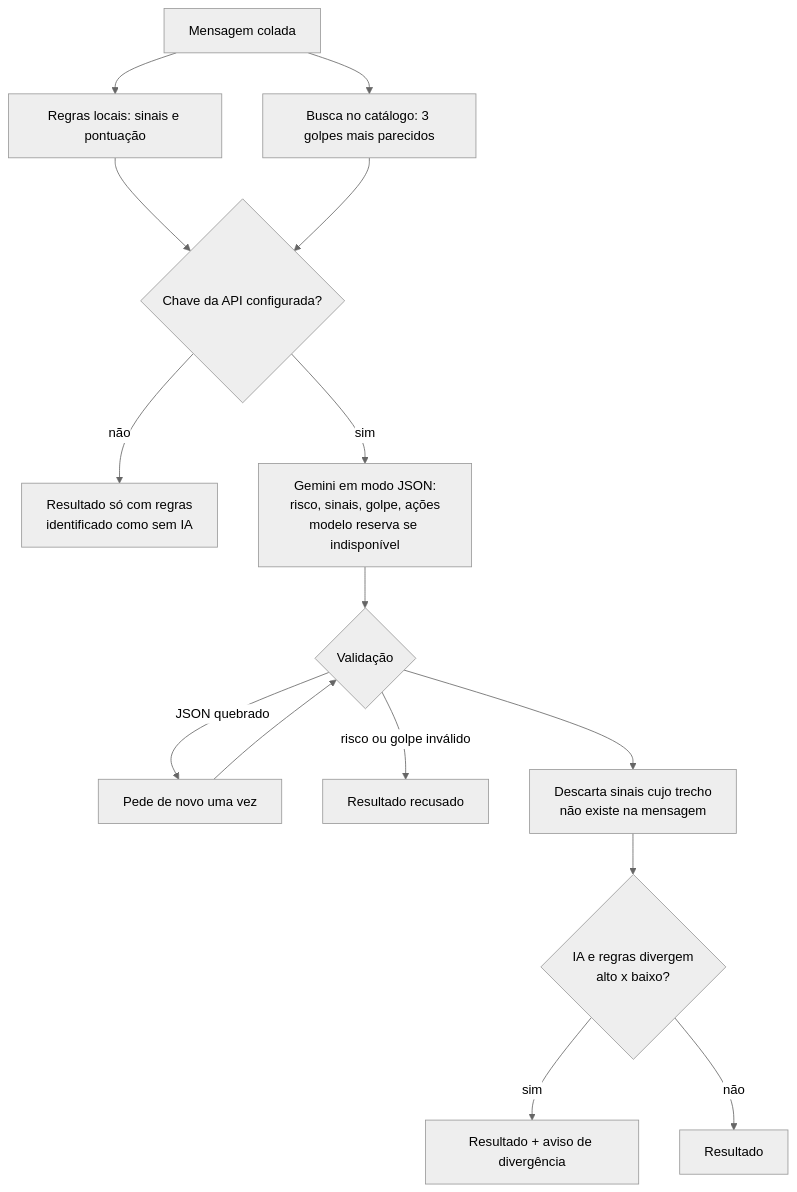
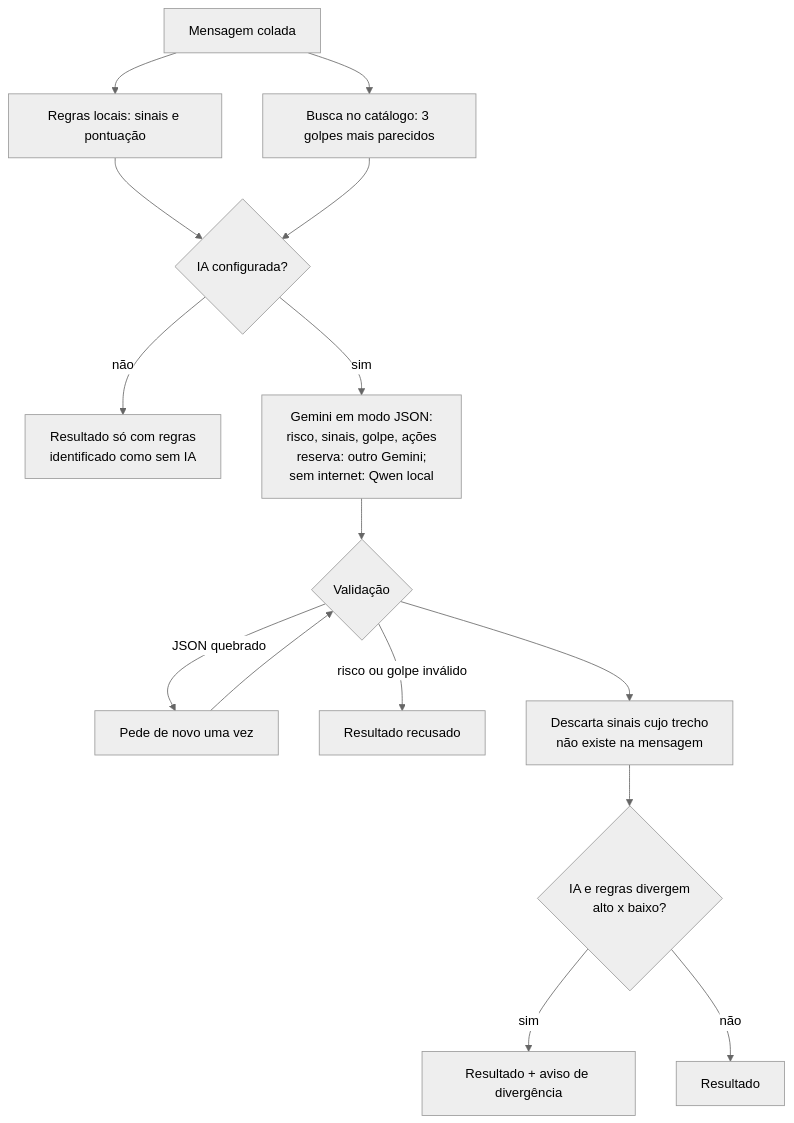
One commit to gustavohleao/alertagolpe changed the third of 3 diagrams in docs/RELATORIO.md. Above: the diagram before and after it, drawn with Mermaid (neutral theme). The commit also changed other lines of this file and 11 other files, not shown here.

First line of the commit message:
Adiciona LLM local (Qwen 2.5 3B via Ollama) como reserva

````diff
--- a/docs/RELATORIO.md
+++ b/docs/RELATORIO.md
@@ -212,17 +221,17 @@
 ```mermaid
 flowchart TD
     A[Mensagem colada] --> B[Regras locais: sinais e pontuação]
     A --> C[Busca no catálogo: 3 golpes mais parecidos]
-    B --> D{Chave da API configurada?}
+    B --> D{IA configurada?}
     C --> D
     D -->|não| E[Resultado só com regras<br/>identificado como sem IA]
-    D -->|sim| F[Gemini em modo JSON:<br/>risco, sinais, golpe, ações<br/>modelo reserva se indisponível]
+    D -->|sim| F[Gemini em modo JSON:<br/>risco, sinais, golpe, ações<br/>reserva: outro Gemini;<br/>sem internet: Qwen local]
     F --> G{Validação}
     G -->|JSON quebrado| H[Pede de novo uma vez]
     H --> G
     G -->|risco ou golpe inválido| X[Resultado recusado]
     G --> I[Descarta sinais cujo trecho<br/>não existe na mensagem]
     I --> J{IA e regras divergem<br/>alto x baixo?}
     J -->|sim| K[Resultado + aviso de divergência]
     J -->|não| L[Resultado]
 ```
````
